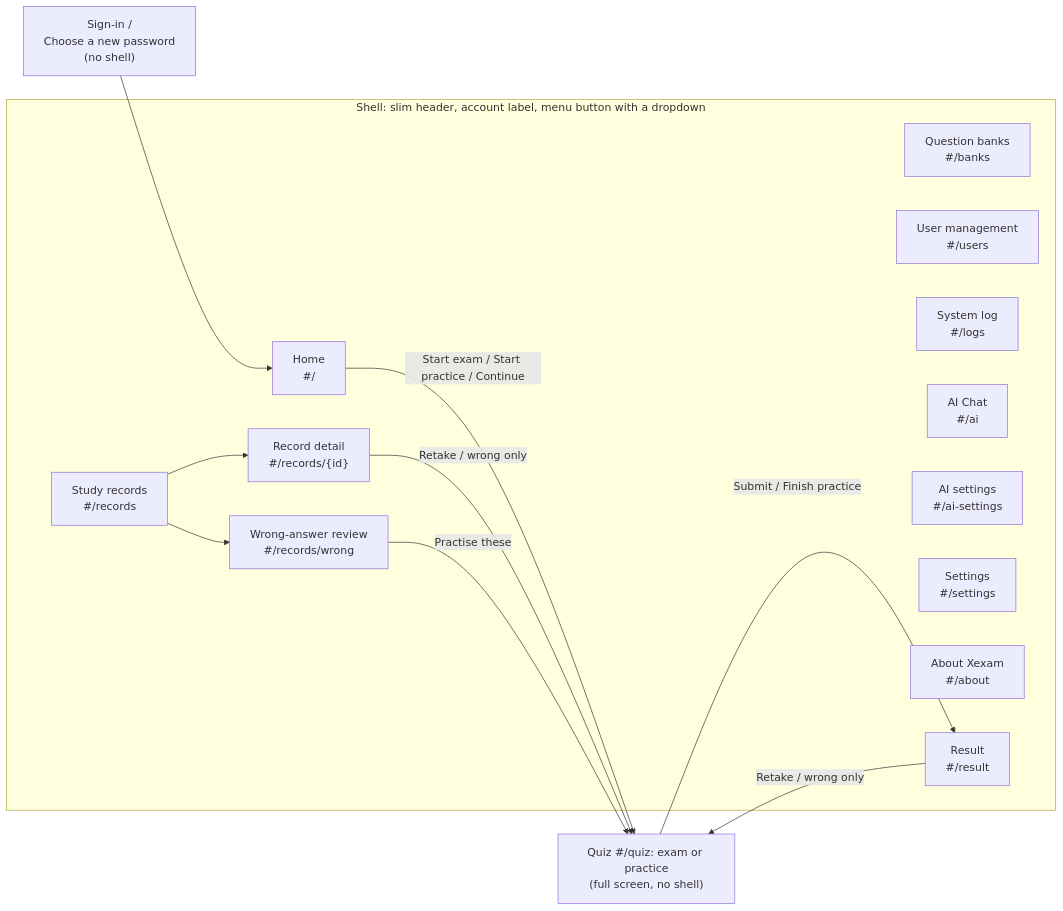
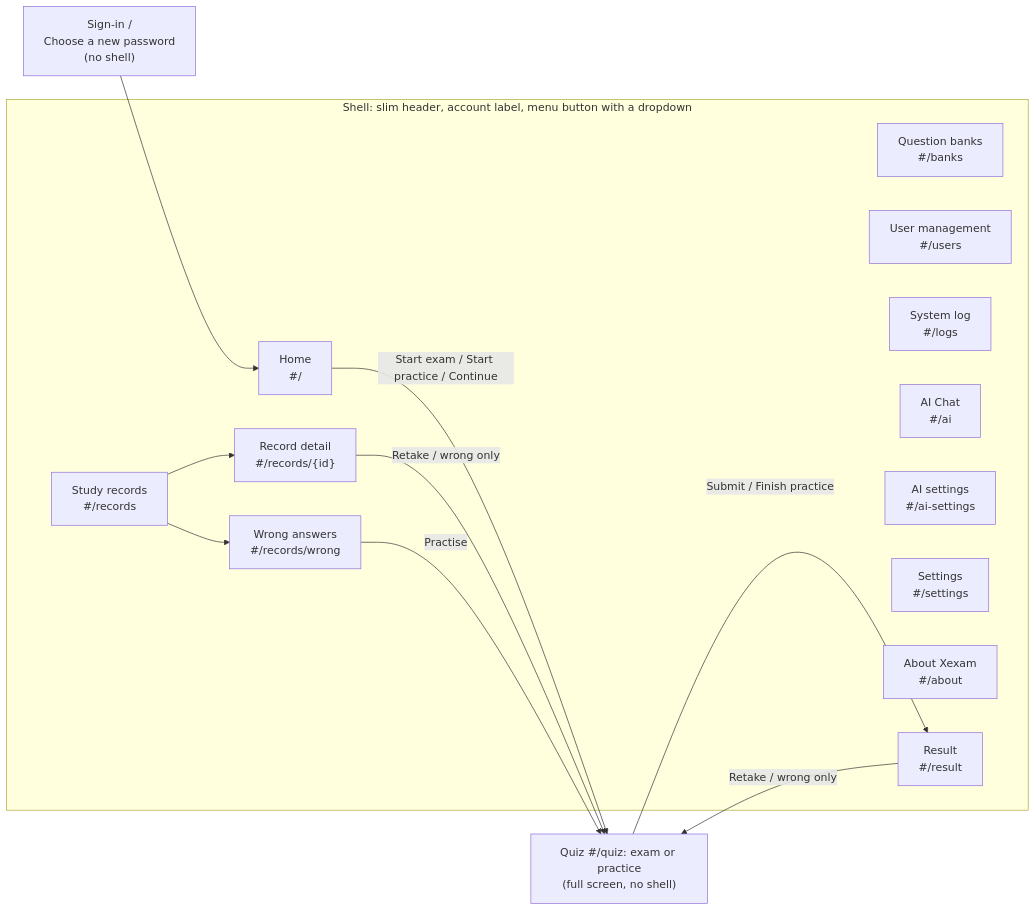
One commit to Yumin-Space/xexam changed the fifth of 8 diagrams in docs/en/architecture.md. Above: the diagram before and after it, drawn with Mermaid. The commit also changed 129 other files, not shown here.

First line of the commit message:
v1.2: phone fixes for the finish button, AI Chat drag / header / keyboard, token lines and usage charts

````diff
--- a/docs/en/architecture.md
+++ b/docs/en/architecture.md
@@ -373,26 +373,26 @@
 ```mermaid
 flowchart LR
     SI["Sign-in /<br/>Choose a new password<br/>(no shell)"] --> H
     subgraph shell["Shell: slim header, account label, menu button with a dropdown"]
         H["Home<br/>#/"]
         B["Question banks<br/>#/banks"]
         R["Study records<br/>#/records"]
         US["User management<br/>#/users"]
         LG["System log<br/>#/logs"]
         AI["AI Chat<br/>#/ai"]
         AIS["AI settings<br/>#/ai-settings"]
         S["Settings<br/>#/settings"]
         AB["About Xexam<br/>#/about"]
         D["Record detail<br/>#/records/{id}"]
-        W["Wrong-answer review<br/>#/records/wrong"]
+        W["Wrong answers<br/>#/records/wrong"]
         RS["Result<br/>#/result"]
     end
     Q["Quiz #/quiz: exam or practice<br/>(full screen, no shell)"]
     R --> D
     R --> W
     H -->|"Start exam / Start practice / Continue"| Q
     Q -->|"Submit / Finish practice"| RS
     RS -->|"Retake / wrong only"| Q
     D -->|"Retake / wrong only"| Q
-    W -->|"Practise these"| Q
+    W -->|"Practise"| Q
 ```
````
